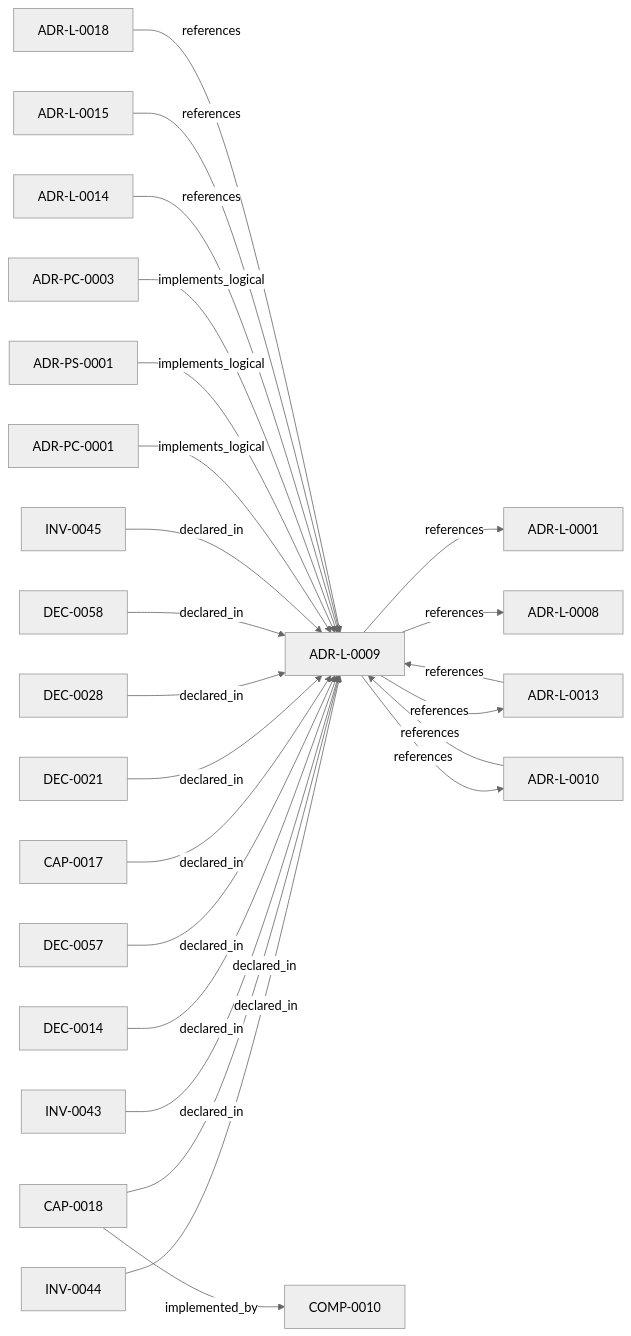
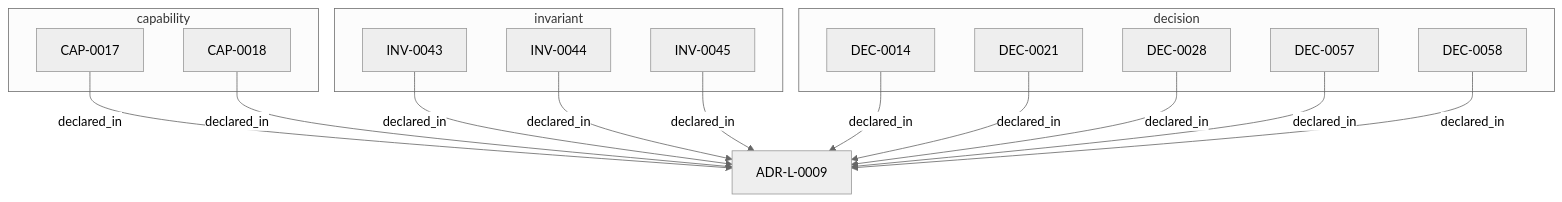
Before and after one commit to egallmann/adr-architecture-kit: the third of 3 diagrams in adrs/adr-projection/logical/ADR-L-0009-derived-architecture-discovery-surfaces.md, drawn with Mermaid (neutral theme). The commit also changed other lines of this file and 177 other files, not shown here.

````diff
--- a/adrs/adr-projection/logical/ADR-L-0009-derived-architecture-discovery-surfaces.md
+++ b/adrs/adr-projection/logical/ADR-L-0009-derived-architecture-discovery-surfaces.md
@@ -38,48 +125,30 @@
 ```mermaid
-flowchart LR
-  n_019fee89_e615_70a5_861b_b2dde147e5af["ADR-L-0001"]
-  n_019fee89_e616_7037_8f0f_52c403f9f539["INV-0044"]
-  n_019fee89_e616_7066_8d2f_3acc7f469f72["ADR-L-0008"]
-  n_019fee89_e616_7121_a63e_0baad0a61fb3["CAP-0018"]
-  n_019fee89_e616_7196_a92f_bec6b05d3d47["INV-0043"]
-  n_019fee89_e616_71a7_b73f_33795a11494e["DEC-0014"]
-  n_019fee89_e616_74a6_ae3d_39c2dacd91ae["DEC-0057"]
-  n_019fee89_e616_7607_9312_8aa8d1816be9["CAP-0017"]
-  n_019fee89_e616_7628_913b_a059c1057c36["ADR-L-0014"]
+flowchart TB
   n_019fee89_e616_770c_a025_2c241a720730["ADR-L-0009"]
-  n_019fee89_e616_7763_be39_197b4590ca50["DEC-0021"]
-  n_019fee89_e616_77a2_8a1b_ad4d3a7e4265["DEC-0028"]
-  n_019fee89_e616_79f5_a127_b16d5485af23["DEC-0058"]
-  n_019fee89_e616_7c4e_953c_b7349412a784["ADR-L-0013"]
-  n_019fee89_e616_7d61_8e35_f11ba2ddd75d["ADR-L-0010"]
-  n_019fee89_e616_7dc8_bd2e_10db13af0951["INV-0045"]
-  n_019fee89_e617_7270_ab2f_58a756d2530e["ADR-PC-0001"]
-  n_019fee89_e617_76d8_a333_e21361cd6602["COMP-0010"]
-  n_019fee89_e617_7e69_861a_f3040f70c2d9["ADR-L-0015"]
-  n_019fee89_e617_7f4d_811d_4862645a55c5["ADR-L-0018"]
-  n_019fee89_e618_7b3e_813b_a449881b6adb["ADR-PS-0001"]
-  n_019fee89_e618_7b76_843f_cfe21ceb2ea6["ADR-PC-0003"]
+  subgraph sg_capability["capability"]
+    n_019fee89_e616_7607_9312_8aa8d1816be9["CAP-0017"]
+    n_019fee89_e616_7121_a63e_0baad0a61fb3["CAP-0018"]
+  end
+  subgraph sg_decision["decision"]
+    n_019fee89_e616_71a7_b73f_33795a11494e["DEC-0014"]
+    n_019fee89_e616_7763_be39_197b4590ca50["DEC-0021"]
+    n_019fee89_e616_77a2_8a1b_ad4d3a7e4265["DEC-0028"]
+    n_019fee89_e616_74a6_ae3d_39c2dacd91ae["DEC-0057"]
+    n_019fee89_e616_79f5_a127_b16d5485af23["DEC-0058"]
+  end
+  subgraph sg_invariant["invariant"]
+    n_019fee89_e616_7196_a92f_bec6b05d3d47["INV-0043"]
+    n_019fee89_e616_7037_8f0f_52c403f9f539["INV-0044"]
+    n_019fee89_e616_7dc8_bd2e_10db13af0951["INV-0045"]
+  end
   n_019fee89_e616_7037_8f0f_52c403f9f539 -->|"declared_in"| n_019fee89_e616_770c_a025_2c241a720730
   n_019fee89_e616_7121_a63e_0baad0a61fb3 -->|"declared_in"| n_019fee89_e616_770c_a025_2c241a720730
   n_019fee89_e616_7196_a92f_bec6b05d3d47 -->|"declared_in"| n_019fee89_e616_770c_a025_2c241a720730
   n_019fee89_e616_71a7_b73f_33795a11494e -->|"declared_in"| n_019fee89_e616_770c_a025_2c241a720730
   n_019fee89_e616_74a6_ae3d_39c2dacd91ae -->|"declared_in"| n_019fee89_e616_770c_a025_2c241a720730
   n_019fee89_e616_7607_9312_8aa8d1816be9 -->|"declared_in"| n_019fee89_e616_770c_a025_2c241a720730
   n_019fee89_e616_7763_be39_197b4590ca50 -->|"declared_in"| n_019fee89_e616_770c_a025_2c241a720730
   n_019fee89_e616_77a2_8a1b_ad4d3a7e4265 -->|"declared_in"| n_019fee89_e616_770c_a025_2c241a720730
   n_019fee89_e616_79f5_a127_b16d5485af23 -->|"declared_in"| n_019fee89_e616_770c_a025_2c241a720730
   n_019fee89_e616_7dc8_bd2e_10db13af0951 -->|"declared_in"| n_019fee89_e616_770c_a025_2c241a720730
-  n_019fee89_e616_7121_a63e_0baad0a61fb3 -->|"implemented_by"| n_019fee89_e617_76d8_a333_e21361cd6602
-  n_019fee89_e617_7270_ab2f_58a756d2530e -->|"implements_logical"| n_019fee89_e616_770c_a025_2c241a720730
-  n_019fee89_e618_7b3e_813b_a449881b6adb -->|"implements_logical"| n_019fee89_e616_770c_a025_2c241a720730
-  n_019fee89_e618_7b76_843f_cfe21ceb2ea6 -->|"implements_logical"| n_019fee89_e616_770c_a025_2c241a720730
-  n_019fee89_e616_7628_913b_a059c1057c36 -->|"references"| n_019fee89_e616_770c_a025_2c241a720730
-  n_019fee89_e616_770c_a025_2c241a720730 -->|"references"| n_019fee89_e615_70a5_861b_b2dde147e5af
-  n_019fee89_e616_770c_a025_2c241a720730 -->|"references"| n_019fee89_e616_7066_8d2f_3acc7f469f72
-  n_019fee89_e616_770c_a025_2c241a720730 -->|"references"| n_019fee89_e616_7c4e_953c_b7349412a784
-  n_019fee89_e616_770c_a025_2c241a720730 -->|"references"| n_019fee89_e616_7d61_8e35_f11ba2ddd75d
-  n_019fee89_e616_7c4e_953c_b7349412a784 -->|"references"| n_019fee89_e616_770c_a025_2c241a720730
-  n_019fee89_e616_7d61_8e35_f11ba2ddd75d -->|"references"| n_019fee89_e616_770c_a025_2c241a720730
-  n_019fee89_e617_7e69_861a_f3040f70c2d9 -->|"references"| n_019fee89_e616_770c_a025_2c241a720730
-  n_019fee89_e617_7f4d_811d_4862645a55c5 -->|"references"| n_019fee89_e616_770c_a025_2c241a720730
 ```
````
